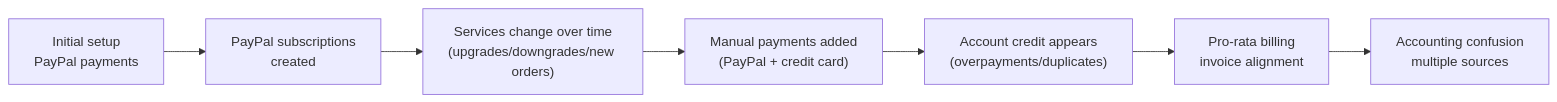
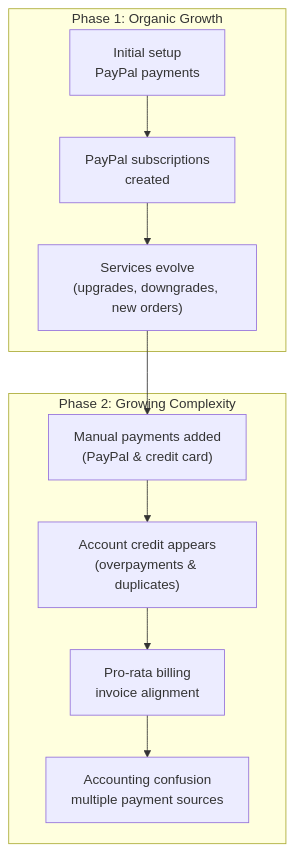
Before and after one commit to gExPl0ReR/docs: the diagram in faq/billing-lifecycle/billing-transitions.mdx, drawn with Mermaid.

Commit message:
Documentation edits made through Mintlify web editor

````diff
--- a/faq/billing-lifecycle/billing-transitions.mdx
+++ b/faq/billing-lifecycle/billing-transitions.mdx
@@ -28,9 +28,21 @@
 ```mermaid
-flowchart LR
-  A["Initial setup<br/>PayPal payments"] --> B["PayPal subscriptions<br/>created"]
-  B --> C["Services change over time<br/>(upgrades/downgrades/new orders)"]
-  C --> D["Manual payments added<br/>(PayPal + credit card)"]
-  D --> E["Account credit appears<br/>(overpayments/duplicates)"]
-  E --> F["Pro-rata billing<br/>invoice alignment"]
-  F --> G["Accounting confusion<br/>multiple sources"]
+flowchart TD
+  subgraph Phase1["Phase 1: Organic Growth"]
+    A["Initial setup<br/>PayPal payments"]
+    B["PayPal subscriptions<br/>created"]
+    C["Services evolve<br/>(upgrades, downgrades, new orders)"]
+
+    A --> B --> C
+  end
+
+  subgraph Phase2["Phase 2: Growing Complexity"]
+    D["Manual payments added<br/>(PayPal & credit card)"]
+    E["Account credit appears<br/>(overpayments & duplicates)"]
+    F["Pro-rata billing<br/>invoice alignment"]
+    G["Accounting confusion<br/>multiple payment sources"]
+
+    D --> E --> F --> G
+  end
+
+  C --> D
 ```
````
